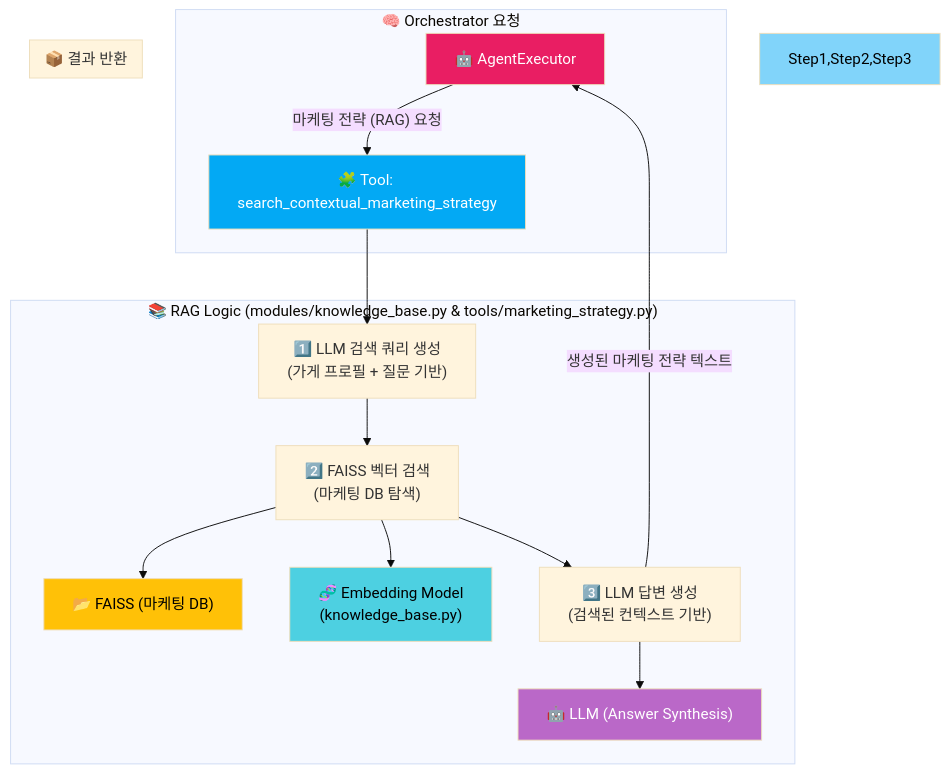
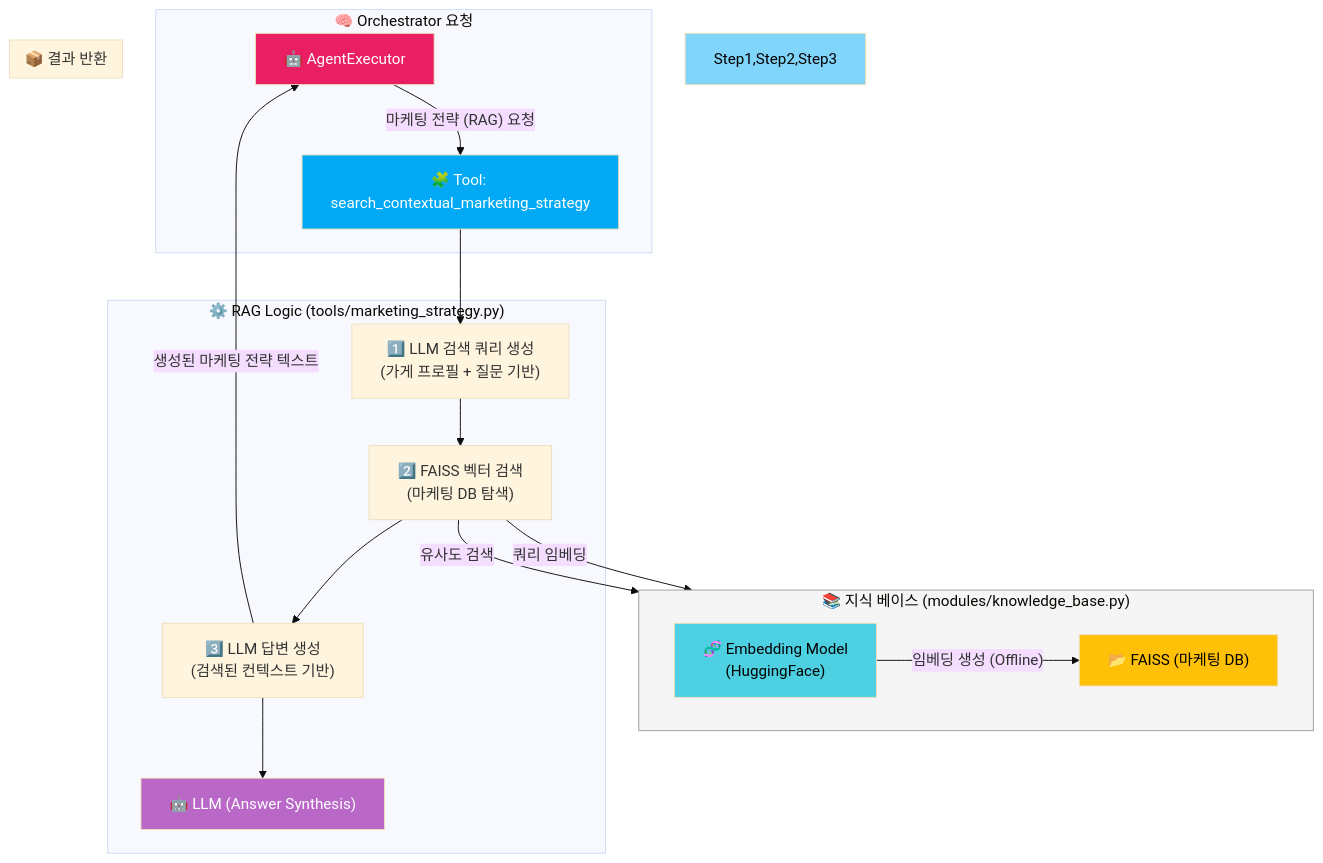
One commit to Synapse-Bigcontest/2025_bigcontest changed the third of 4 diagrams in README.md. Above: the diagram before and after it, drawn with Mermaid (base theme). The commit also changed other lines of this file, not shown here.

````diff
--- a/README.md
+++ b/README.md
@@ -191,38 +205,52 @@
 ```mermaid
 graph TD
     %% ========================
     %% Orchestrator 요청
     %% ========================
     subgraph SG_Orchestrator_Req_RAG ["🧠 Orchestrator 요청"]
         Agent["🤖 AgentExecutor"] -- "마케팅 전략 (RAG) 요청" --> Tool_RAG["🧩 Tool: search_contextual_marketing_strategy"]
     end
 
     %% ========================
+    %% 지식 베이스 (수정)
+    %% ========================
+    subgraph SG_KnowledgeBase_RAG ["📚 지식 베이스 (modules/knowledge_base.py)"]
+        direction LR
+        EM["🧬 Embedding Model\n(HuggingFace)"]
+        VSM["📂 FAISS (마케팅 DB)"]
+        EM -- "임베딩 생성 (Offline)" --> VSM
+    end
+
+    %% ========================
     %% RAG Logic
     %% ========================
-    subgraph SG_RAG_Logic ["📚 RAG Logic (modules/knowledge_base.py & tools/marketing_strategy.py)"]
+    subgraph SG_RAG_Logic ["⚙️ RAG Logic (tools/marketing_strategy.py)"]
         Tool_RAG --> Step1["1️⃣ LLM 검색 쿼리 생성\n(가게 프로필 + 질문 기반)"]
         Step1 --> Step2["2️⃣ FAISS 벡터 검색\n(마케팅 DB 탐색)"]
-        Step2 --> VSM["📂 FAISS (마케팅 DB)"]
-        Step2 --> EM["🧬 Embedding Model\n(knowledge_base.py)"] 
+        
+        %% RAG 흐름 명확화 (수정)
+        Step2 -- "쿼리 임베딩" --> EM
+        Step2 -- "유사도 검색" --> VSM
+        
         Step2 --> Step3["3️⃣ LLM 답변 생성\n(검색된 컨텍스트 기반)"]
         Step3 --> LLM2["🤖 LLM (Answer Synthesis)"]
     end
 
     %% ========================
     %% 결과 반환
     %% ========================
     subgraph SG_Result_Return_RAG ["📦 결과 반환"]
         Step3 -- "생성된 마케팅 전략 텍스트" --> Agent
     end
 
     %% ========================
     %% 스타일
     %% ========================
     style Agent fill:#E91E63,color:#fff
     style Tool_RAG fill:#03A9F4,color:#fff
     style Step1,Step2,Step3 fill:#81D4FA,color:#000
     style VSM fill:#FFC107,color:#000
     style EM fill:#4DD0E1,color:#000 
     style LLM2 fill:#BA68C8,color:#fff
+    style SG_KnowledgeBase_RAG fill:#F5F5F5,stroke:#9E9E9E
 ```
````
